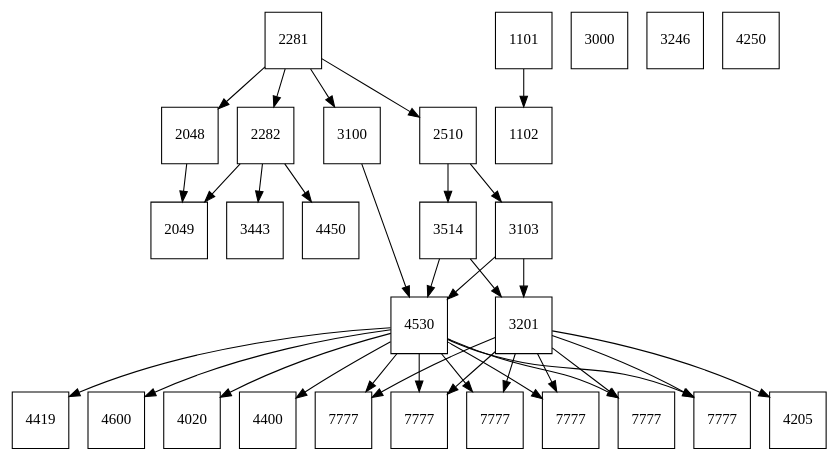
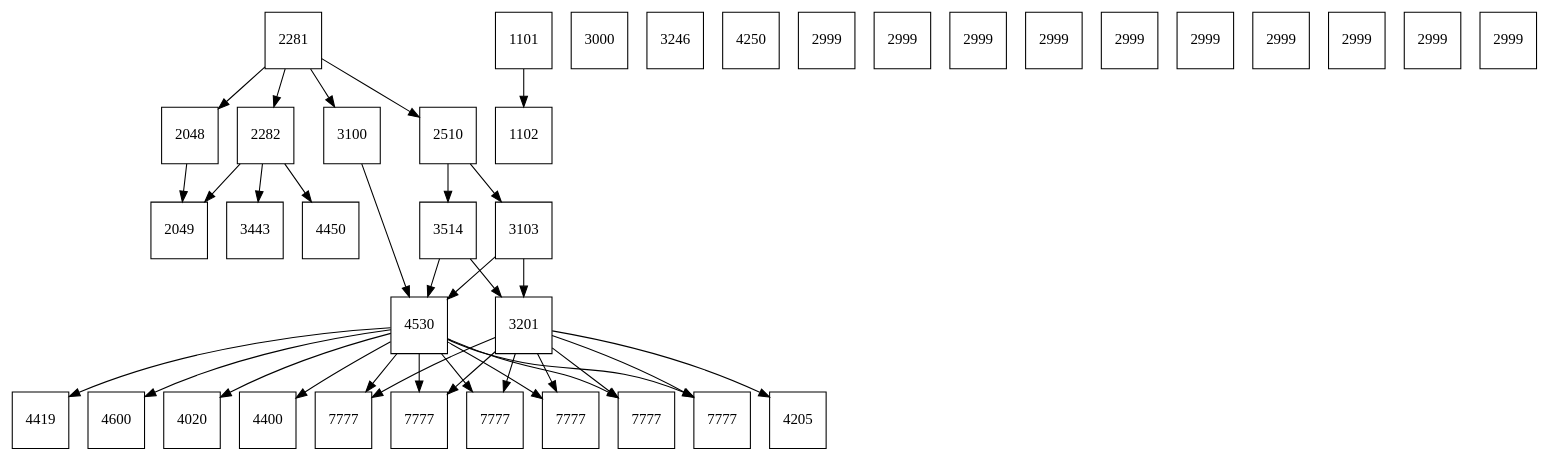
Before and after one commit to Fuuxd/Scheduler: the diagram in src/graphOutput.gv, drawn with Graphviz. The commit also changed 11 other files, not shown here.

```diff
--- a/src/graphOutput.gv
+++ b/src/graphOutput.gv
@@ -1,63 +1,73 @@
 digraph G {
 0[label="2281", shape="square"];
 1[label="2282", shape="square"];
 2[label="1101", shape="square"];
 3[label="1102", shape="square"];
 4[label="3000", shape="square"];
 5[label="2048", shape="square"];
 6[label="2510", shape="square"];
 7[label="3100", shape="square"];
 8[label="2049", shape="square"];
 9[label="3514", shape="square"];
 10[label="3103", shape="square"];
 11[label="4530", shape="square"];
 12[label="3201", shape="square"];
 13[label="3443", shape="square"];
 14[label="4450", shape="square"];
 15[label="4205", shape="square"];
 16[label="4400", shape="square"];
 17[label="3246", shape="square"];
 18[label="4419", shape="square"];
 19[label="4600", shape="square"];
 20[label="4020", shape="square"];
 21[label="4250", shape="square"];
 22[label="7777", shape="square"];
 23[label="7777", shape="square"];
 24[label="7777", shape="square"];
 25[label="7777", shape="square"];
 26[label="7777", shape="square"];
 27[label="7777", shape="square"];
+28[label="2999", shape="square"];
+29[label="2999", shape="square"];
+30[label="2999", shape="square"];
+31[label="2999", shape="square"];
+32[label="2999", shape="square"];
+33[label="2999", shape="square"];
+34[label="2999", shape="square"];
+35[label="2999", shape="square"];
+36[label="2999", shape="square"];
+37[label="2999", shape="square"];
 0->1 ;
 2->3 ;
 0->5 ;
 0->6 ;
 0->7 ;
 5->8 ;
 1->8 ;
 1->13 ;
 1->14 ;
 6->10 ;
 6->9 ;
 7->11 ;
 9->11 ;
 9->12 ;
 10->11 ;
 10->12 ;
 12->15 ;
 11->16 ;
 11->18 ;
 11->19 ;
 11->20 ;
 11->22 ;
 12->22 ;
 11->23 ;
 12->23 ;
 11->24 ;
 12->24 ;
 11->25 ;
 12->25 ;
 11->26 ;
 12->26 ;
 11->27 ;
 12->27 ;
 }
```
